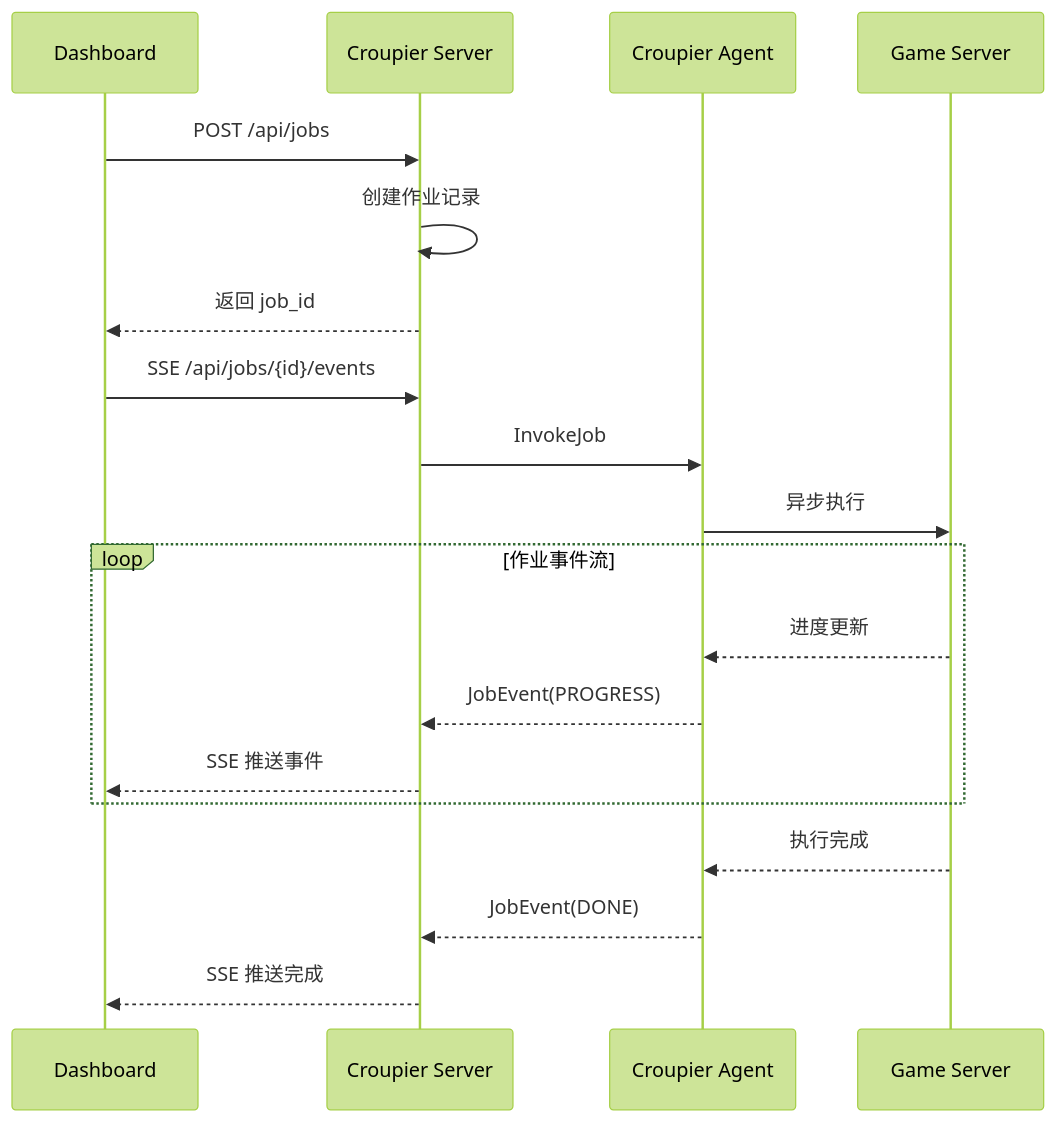
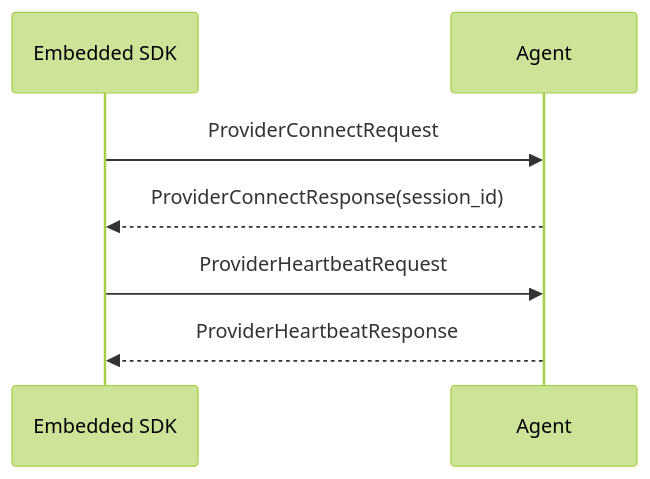
Before and after one commit to cuihairu/croupier: the second of 4 diagrams in docs/architecture/data-flow.md, drawn with Mermaid (forest theme). The commit also changed other lines of this file and 63 other files, not shown here.

````diff
--- a/docs/architecture/data-flow.md
+++ b/docs/architecture/data-flow.md
@@ -124,25 +43,10 @@
 ```mermaid
 sequenceDiagram
-    participant UI as Dashboard
-    participant Server as Croupier Server
-    participant Agent as Croupier Agent
-    participant Game as Game Server
+    participant SDK as Embedded SDK
+    participant Agent as Agent
 
-    UI->>Server: POST /api/jobs
-    Server->>Server: 创建作业记录
-    Server-->>UI: 返回 job_id
-    UI->>Server: SSE /api/jobs/{id}/events
-
-    Server->>Agent: InvokeJob
-    Agent->>Game: 异步执行
-
-    loop 作业事件流
-        Game-->>Agent: 进度更新
-        Agent-->>Server: JobEvent(PROGRESS)
-        Server-->>UI: SSE 推送事件
-    end
-
-    Game-->>Agent: 执行完成
-    Agent-->>Server: JobEvent(DONE)
-    Server-->>UI: SSE 推送完成
+    SDK->>Agent: ProviderConnectRequest
+    Agent-->>SDK: ProviderConnectResponse(session_id)
+    SDK->>Agent: ProviderHeartbeatRequest
+    Agent-->>SDK: ProviderHeartbeatResponse
 ```
````
